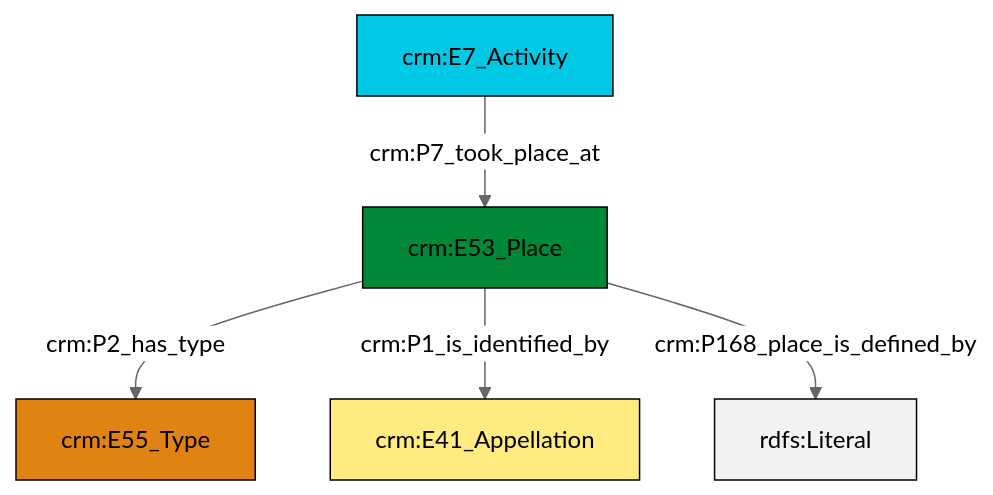
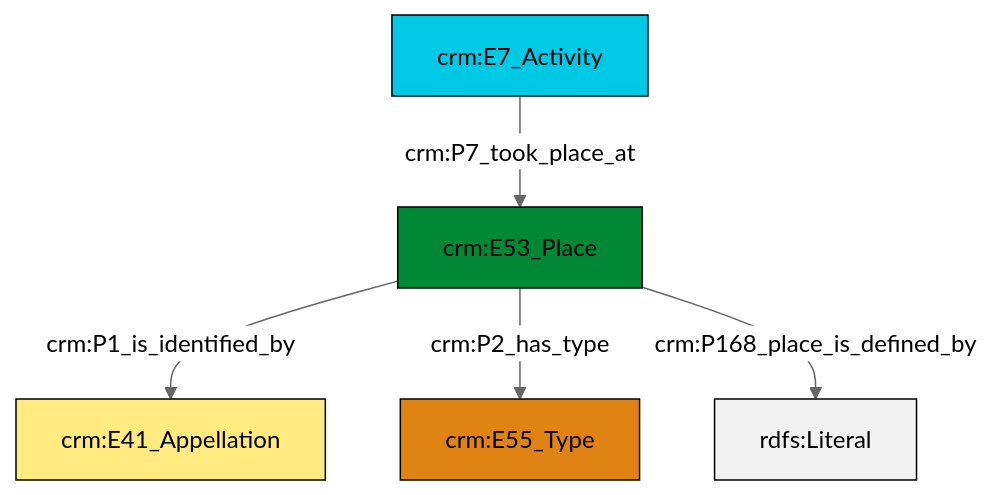
Before and after one commit to swiss-art-research-net/reference-data-models: the diagram in et/eventCSV/ttl/mmd/event_location.ttl.mmd, drawn with Mermaid (neutral theme). The commit also changed 128 other files, not shown here.

```diff
--- a/et/eventCSV/ttl/mmd/event_location.ttl.mmd
+++ b/et/eventCSV/ttl/mmd/event_location.ttl.mmd
@@ -1,19 +1,19 @@
 graph TD
 classDef Literal fill:#f2f2f2,stroke:#000000;
 classDef CRM_Entity fill:#FFFFFF,stroke:#000000;
 classDef Temporal_Entity fill:#00C9E6, stroke:#000000;
 classDef Type fill:#E18312, stroke:#000000;
 classDef Time-Span fill:#2C9C91, stroke:#000000;
 classDef Appellation fill:#FFEB7F, stroke:#000000;
 classDef Place fill:#008836, stroke:#000000;
 classDef Persistent_Item fill:#B266B2, stroke:#000000;
 classDef Conceptual_Object fill:#FFD700, stroke:#000000;
 classDef Physical_Thing fill:#D2B48C, stroke:#000000;
 classDef Actor fill:#f58aad, stroke:#000000;
 classDef PC_Classes fill:#4ce600, stroke:#000000;
 classDef Multi fill:#cccccc,stroke:#000000;
 
-2["crm:E7_Activity"]:::Temporal_Entity -->|crm:P7_took_place_at| 3["crm:E53_Place"]:::Place
-3["crm:E53_Place"]:::Place -->|crm:P2_has_type| 4["crm:E55_Type"]:::Type
-3["crm:E53_Place"]:::Place -->|crm:P1_is_identified_by| 0["crm:E41_Appellation"]:::Appellation
-3["crm:E53_Place"]:::Place -->|crm:P168_place_is_defined_by| 6[rdfs:Literal]:::Literal
+0["crm:E7_Activity"]:::Temporal_Entity -->|crm:P7_took_place_at| 1["crm:E53_Place"]:::Place
+1["crm:E53_Place"]:::Place -->|crm:P1_is_identified_by| 2["crm:E41_Appellation"]:::Appellation
+1["crm:E53_Place"]:::Place -->|crm:P2_has_type| 4["crm:E55_Type"]:::Type
+1["crm:E53_Place"]:::Place -->|crm:P168_place_is_defined_by| 7[rdfs:Literal]:::Literal
```
